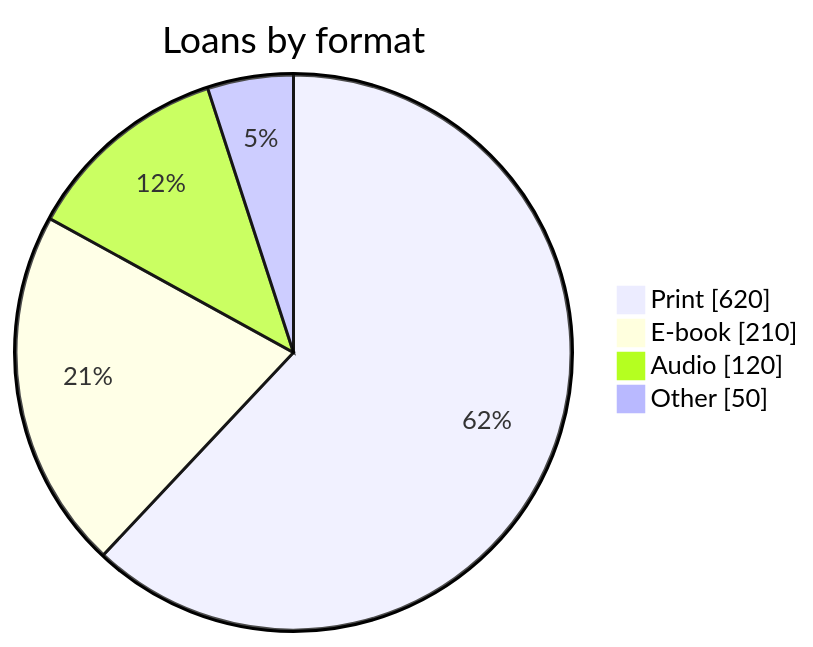
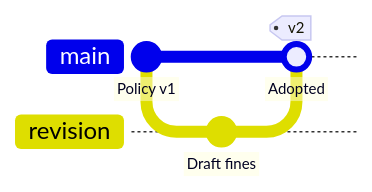
The first of 19 diagrams in skills/obsidian-visualize/references/pele-catalog.md (GoBeromsu/secondbrain-skills), drawn with Mermaid before and after one commit. The commit also changed other lines of this file and 108 other files, not shown here.

````diff
--- a/skills/obsidian-visualize/references/pele-catalog.md
+++ b/skills/obsidian-visualize/references/pele-catalog.md
@@ -286,8 +63,14 @@
 ```mermaid
-pie showData
-  title Loans by format
-  "Print" : 620
-  "E-book" : 210
-  "Audio" : 120
-  "Other" : 50
+---
+config:
+  gitGraph:
+    rotateCommitLabel: false
+---
+gitGraph
+  commit id: "Policy v1"
+  branch revision
+  checkout revision
+  commit id: "Draft fines"
+  checkout main
+  merge revision id: "Adopted" tag: "v2"
 ```
````
